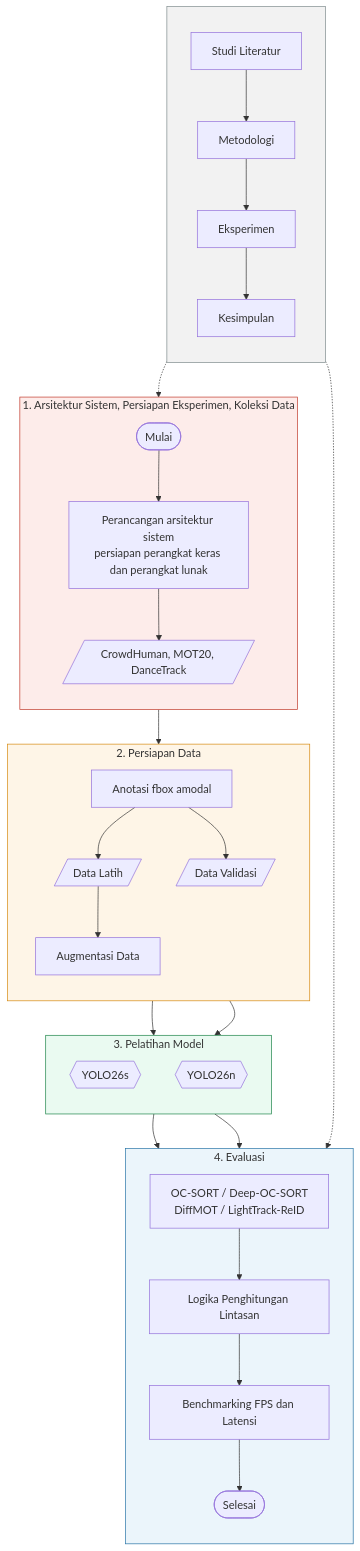
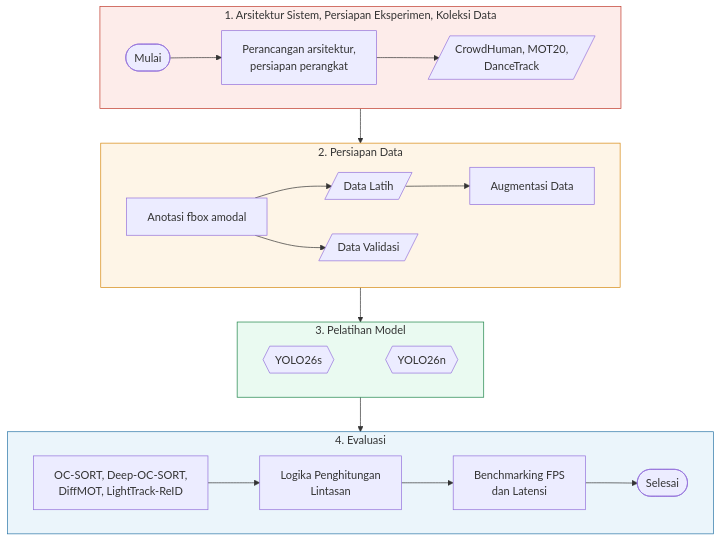
The third of 3 diagrams in docs/hki/hki-rancage.md (feb027/hibah-riset), drawn with Mermaid before and after one commit. The commit also changed other lines of this file and 10 other files, not shown here.

First line of the commit message:
docs(hki): diagram landscape + gambar metode tracking dari paper referensi

````diff
--- a/docs/hki/hki-rancage.md
+++ b/docs/hki/hki-rancage.md
@@ -163,49 +215,28 @@
 ```mermaid
 flowchart TB
-    subgraph FASE[" "]
-        direction TB
-        L1["Studi Literatur"] --> L2["Metodologi"]
-        L2 --> L3["Eksperimen"]
-        L3 --> L4["Kesimpulan"]
+    subgraph S1["1. Arsitektur Sistem, Persiapan Eksperimen, Koleksi Data"]
+        direction LR
+        A0(["Mulai"]) --> A1["Perancangan arsitektur,<br/>persiapan perangkat"] --> A2[/"CrowdHuman, MOT20,<br/>DanceTrack"/]
     end
-
-    subgraph S1["1. Arsitektur Sistem, Persiapan Eksperimen, Koleksi Data"]
-        direction TB
-        A0(["Mulai"]) --> A1["Perancangan arsitektur sistem<br/>persiapan perangkat keras dan perangkat lunak"]
-        A1 --> A2[/"CrowdHuman, MOT20, DanceTrack"/]
+    subgraph S2["2. Persiapan Data"]
+        direction LR
+        B1["Anotasi fbox amodal"] --> B2[/"Data Latih"/] --> B4["Augmentasi Data"]
+        B1 --> B3[/"Data Validasi"/]
     end
-
-    subgraph S2["2. Persiapan Data"]
-        direction TB
-        B1["Anotasi fbox amodal"] --> B2[/"Data Latih"/]
-        B1 --> B3[/"Data Validasi"/]
-        B2 --> B4["Augmentasi Data"]
-    end
-
     subgraph S3["3. Pelatihan Model"]
-        direction TB
+        direction LR
         C1{{"YOLO26s"}}
+        C1 ~~~ C2
         C2{{"YOLO26n"}}
     end
+    subgraph S4["4. Evaluasi"]
+        direction LR
+        D1["OC-SORT, Deep-OC-SORT,<br/>DiffMOT, LightTrack-ReID"] --> D2["Logika Penghitungan<br/>Lintasan"] --> D3["Benchmarking FPS<br/>dan Latensi"] --> D4(["Selesai"])
+    end
+    S1 --> S2 --> S3 --> S4
 
-    subgraph S4["4. Evaluasi"]
-        direction TB
-        D1["OC-SORT / Deep-OC-SORT<br/>DiffMOT / LightTrack-ReID"] --> D2["Logika Penghitungan Lintasan"]
-        D2 --> D3["Benchmarking FPS dan Latensi"]
-        D3 --> D4(["Selesai"])
-    end
-
-    A2 --> B1
-    B4 --> C1
-    B3 --> C2
-    C1 --> D1
-    C2 --> D1
-    L2 -.-> A0
-    L3 -.-> D3
-
-    style FASE fill:#f2f2f2,stroke:#7f8c8d
     style S1 fill:#fdecea,stroke:#c0392b
     style S2 fill:#fef5e7,stroke:#d68910
     style S3 fill:#eafaf1,stroke:#1e8449
     style S4 fill:#ebf5fb,stroke:#2874a6
 ```
````
